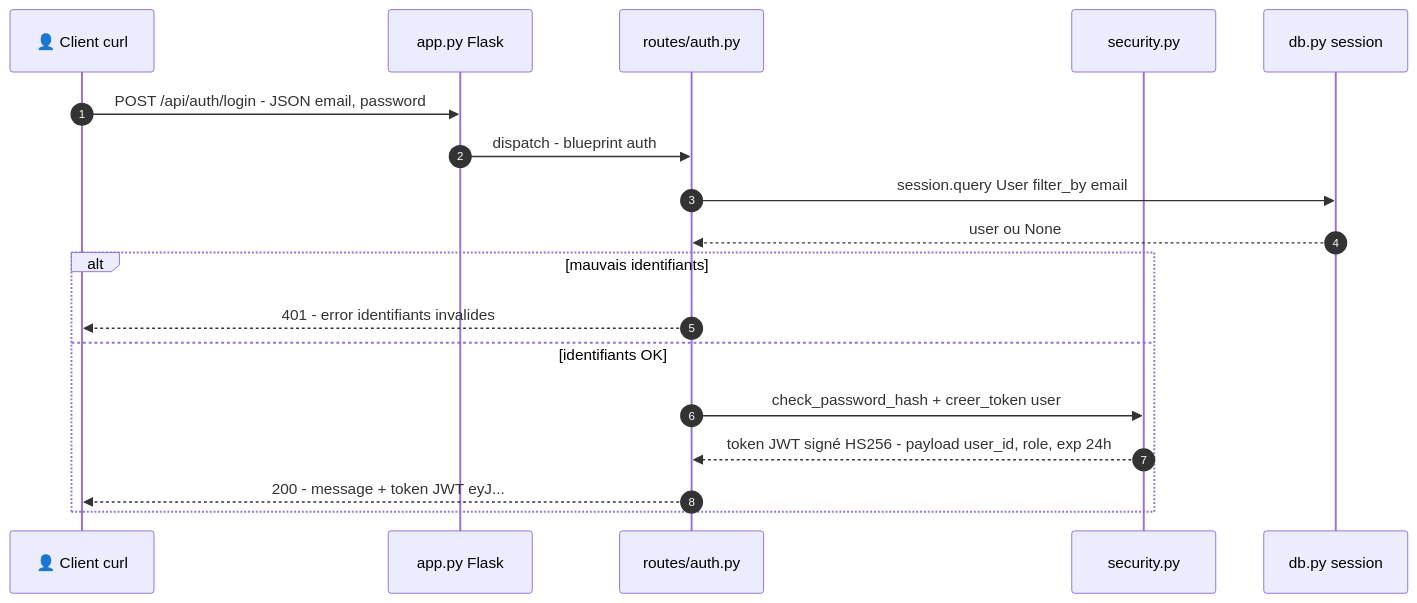
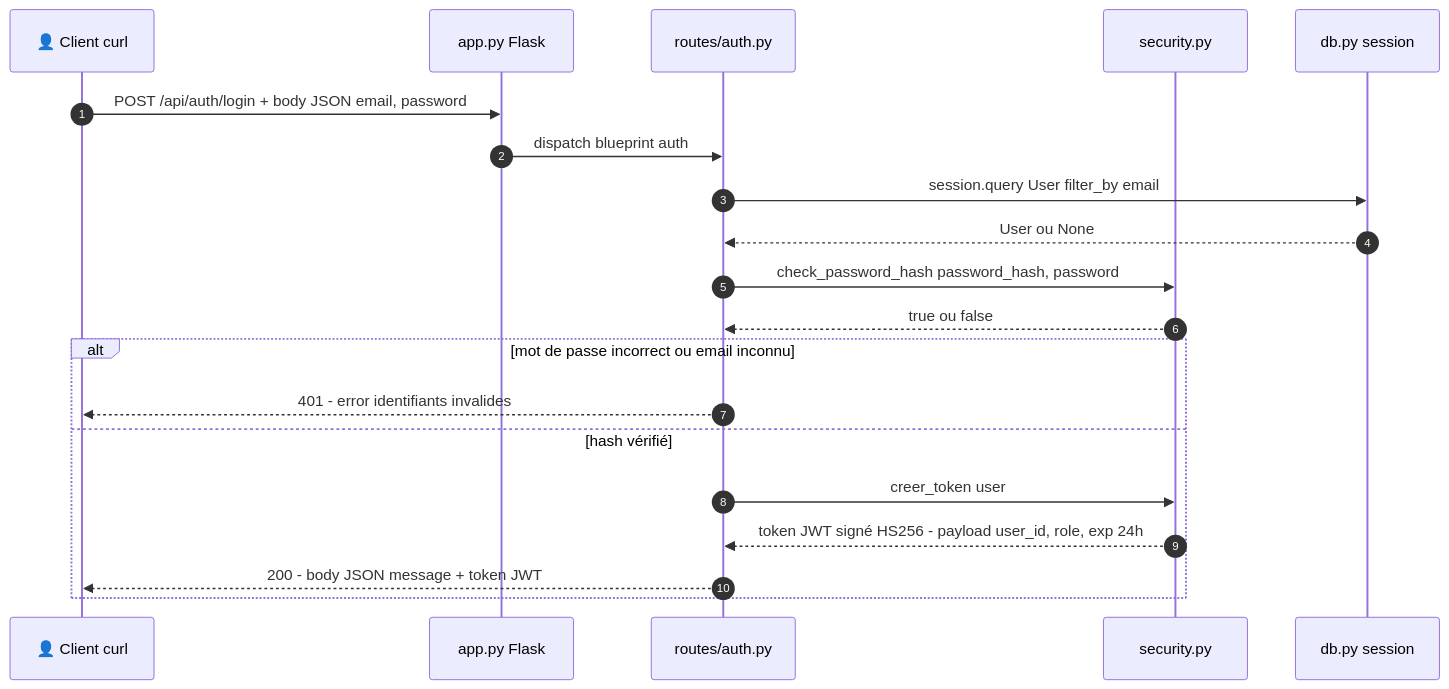
One commit to ericlacombe/mon-projet-handson-python changed the seventh of 9 diagrams in docs/uml-projet.md. Above: the diagram before and after it, drawn with Mermaid. The commit also changed other lines of this file, not shown here.

Commit message:
docs(uml-projet.md) : harmonise les étiquettes des flèches des 3 séquences au style code complet - dispatch blueprint X, session.query User filter_by email, @login_required appelle verifier_token, etc.

````diff
--- a/docs/uml-projet.md
+++ b/docs/uml-projet.md
@@ -280,21 +280,23 @@
 ```mermaid
 %% LÉGENDE séquence UML : lignes verticales = lignes de vie · flèche pleine = appel synchrone · flèche retour pointillée = réponse · autonumber = ordre des messages
 sequenceDiagram
     autonumber
     participant C as 👤 Client curl
     participant F as app.py Flask
     participant R as routes/auth.py
     participant S as security.py
     participant D as db.py session
-    C->>F: POST /api/auth/login - JSON email, password
-    F->>R: dispatch - blueprint auth
+    C->>F: POST /api/auth/login + body JSON email, password
+    F->>R: dispatch blueprint auth
     R->>D: session.query User filter_by email
-    D-->>R: user ou None
-    alt mauvais identifiants
+    D-->>R: User ou None
+    R->>S: check_password_hash password_hash, password
+    S-->>R: true ou false
+    alt mot de passe incorrect ou email inconnu
         R-->>C: 401 - error identifiants invalides
-    else identifiants OK
-        R->>S: check_password_hash + creer_token user
+    else hash vérifié
+        R->>S: creer_token user
         S-->>R: token JWT signé HS256 - payload user_id, role, exp 24h
-        R-->>C: 200 - message + token JWT eyJ...
+        R-->>C: 200 - body JSON message + token JWT
     end
 ```
````
